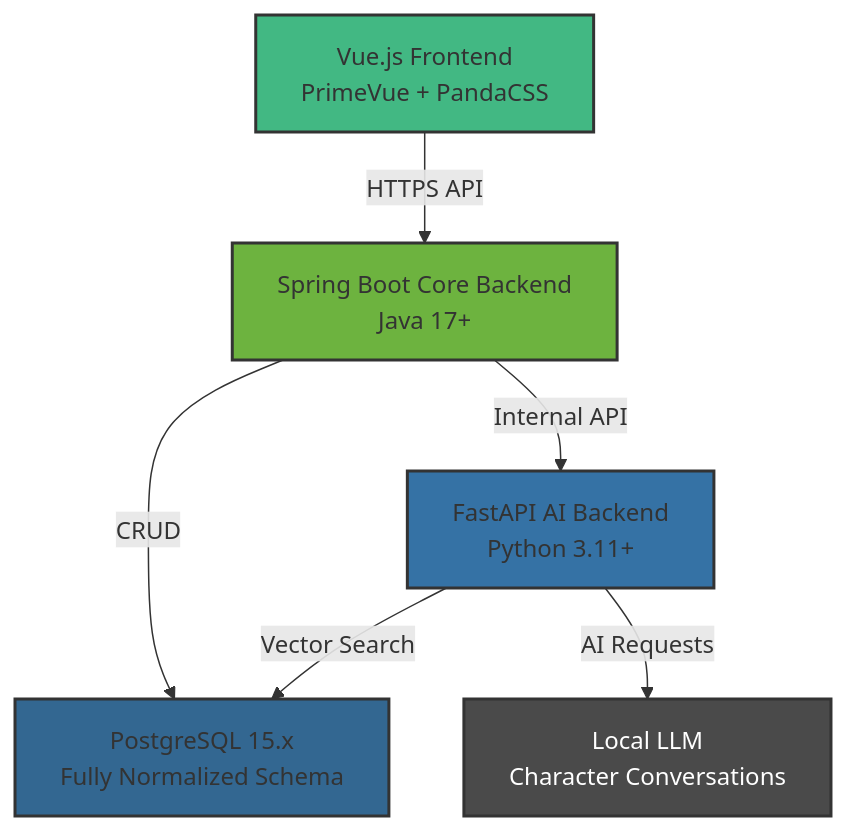
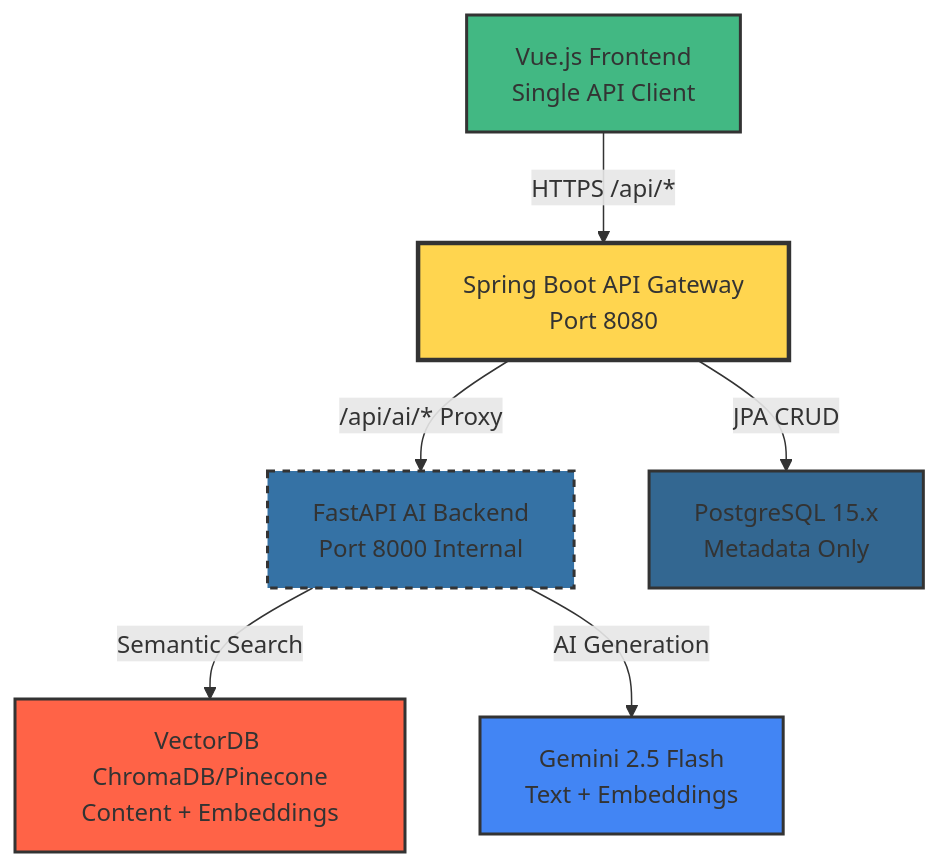
Before and after one commit to SideProjectSFY/gajiFE: the diagram in README.md, drawn with Mermaid. The commit also changed other lines of this file and 16 other files, not shown here.

````diff
--- a/README.md
+++ b/README.md
@@ -59,14 +59,15 @@
 ```mermaid
 graph TD
-    A[Vue.js Frontend<br/>PrimeVue + PandaCSS] -->|HTTPS API| B[Spring Boot Core Backend<br/>Java 17+]
-    B -->|Internal API| C[FastAPI AI Backend<br/>Python 3.11+]
-    B -->|CRUD| D[PostgreSQL 15.x<br/>Fully Normalized Schema]
-    C -->|Vector Search| D
-    C -->|AI Requests| E[Local LLM<br/>Character Conversations]
+    A[Vue.js Frontend<br/>Single API Client] -->|HTTPS /api/*| B[Spring Boot API Gateway<br/>Port 8080]
+    B -->|/api/ai/* Proxy| C[FastAPI AI Backend<br/>Port 8000 Internal]
+    B -->|JPA CRUD| D[PostgreSQL 15.x<br/>Metadata Only]
+    C -->|Semantic Search| E[VectorDB ChromaDB/Pinecone<br/>Content + Embeddings]
+    C -->|AI Generation| F[Gemini 2.5 Flash<br/>Text + Embeddings]
 
     style A fill:#42b883,stroke:#333,stroke-width:2px
-    style B fill:#6db33f,stroke:#333,stroke-width:2px
-    style C fill:#3572A5,stroke:#333,stroke-width:2px
+    style B fill:#FFD54F,stroke:#333,stroke-width:3px
+    style C fill:#3572A5,stroke:#333,stroke-width:2px,stroke-dasharray: 5 5
     style D fill:#336791,stroke:#333,stroke-width:2px
-    style E fill:#4A4A4A,stroke:#333,stroke-width:2px,color:#fff
+    style E fill:#FF6347,stroke:#333,stroke-width:2px
+    style F fill:#4285F4,stroke:#333,stroke-width:2px
 ```
````
